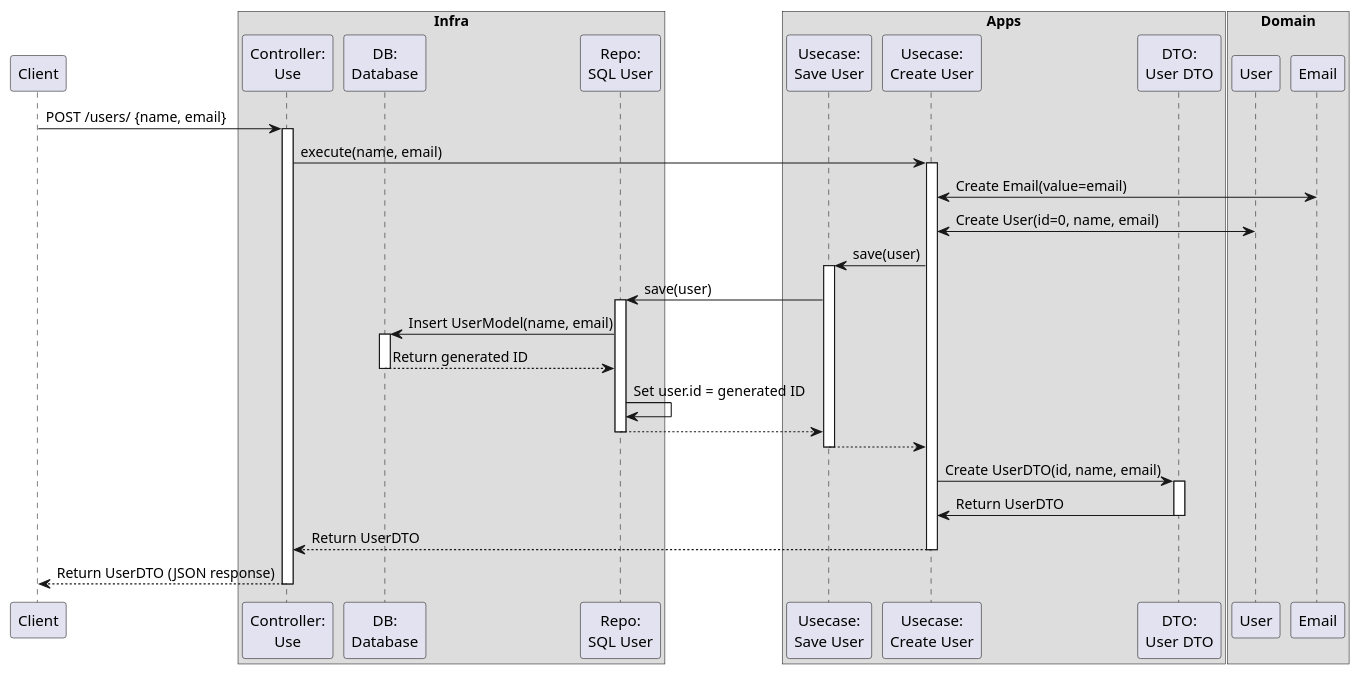
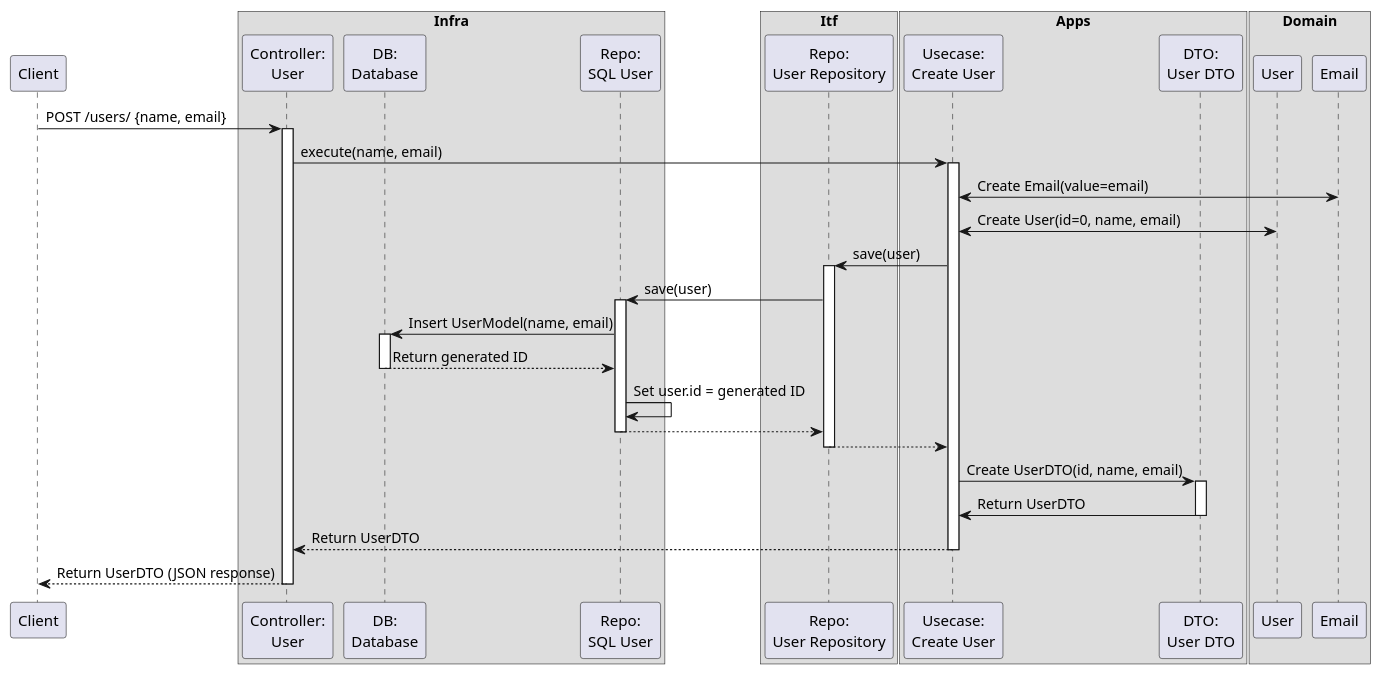
Before and after one commit to jessewei/clean-python-app: the diagram in docs/puml/seq.puml, drawn with PlantUML.

Commit message:
update puml

```diff
--- a/docs/puml/seq.puml
+++ b/docs/puml/seq.puml
@@ -1,63 +1,62 @@
 @startuml Sequence
 participant Client
 box  Infra 
-  participant UserController as  "Controller:\nUse"
+  participant UserController as  "Controller:\nUser"
   participant Database as  "DB:\nDatabase"
   participant SQLAlchemyUserRepository as  "Repo:\nSQL User"
 end box
 
+box Itf
+  participant UserRepository as  "Repo:\nUser Repository"
+end box
+
 box Apps
-  ' box Usecase
-    participant UserRepository as  "Usecase:\nSave User"
-    participant CreateUserUseCase as  "Usecase:\nCreate User"
-  ' end box
+    ' participant UserRepository as  "Usecase:\nSave User"
+  participant CreateUserUseCase as  "Usecase:\nCreate User"
   participant UserDTO as  "DTO:\nUser DTO"
-  ' participant DomainError as  "Apps.Error:\nDomain Error"
 end box
 
 box Domain
   participant User as  "User"
   participant Email as  "Email"
 end box
-' participant SQLAlchemyUserRepository as  "Infra.Repo:\nSQLAlchemy User"
-' participant Database as  "Infra.DB:\nDatabase"
 
 
 Client -> UserController: POST /users/ {name, email} 
 activate UserController
 
 UserController -> CreateUserUseCase: execute(name, email) 
 activate CreateUserUseCase
 
 CreateUserUseCase <-> Email: Create Email(value=email) 
 CreateUserUseCase <-> User: Create User(id=0, name, email) 
 
 CreateUserUseCase -> UserRepository: save(user) 
 activate UserRepository
 
 UserRepository -> SQLAlchemyUserRepository: save(user) 
 activate SQLAlchemyUserRepository
 
 SQLAlchemyUserRepository -> Database: Insert UserModel(name, email) 
 activate Database 
 Database --> SQLAlchemyUserRepository: Return generated ID 
 deactivate Database
 
 SQLAlchemyUserRepository -> SQLAlchemyUserRepository: Set user.id = generated ID 
 SQLAlchemyUserRepository --> UserRepository: 
 deactivate SQLAlchemyUserRepository
 
 UserRepository --> CreateUserUseCase: 
 deactivate UserRepository
 
 CreateUserUseCase -> UserDTO: Create UserDTO(id, name, email) 
 activate UserDTO
 UserDTO->CreateUserUseCase: Return UserDTO
 deactivate  UserDTO
 
 CreateUserUseCase --> UserController: Return UserDTO 
 deactivate CreateUserUseCase
 
 UserController --> Client: Return UserDTO (JSON response) 
 deactivate UserController
 @enduml
```
